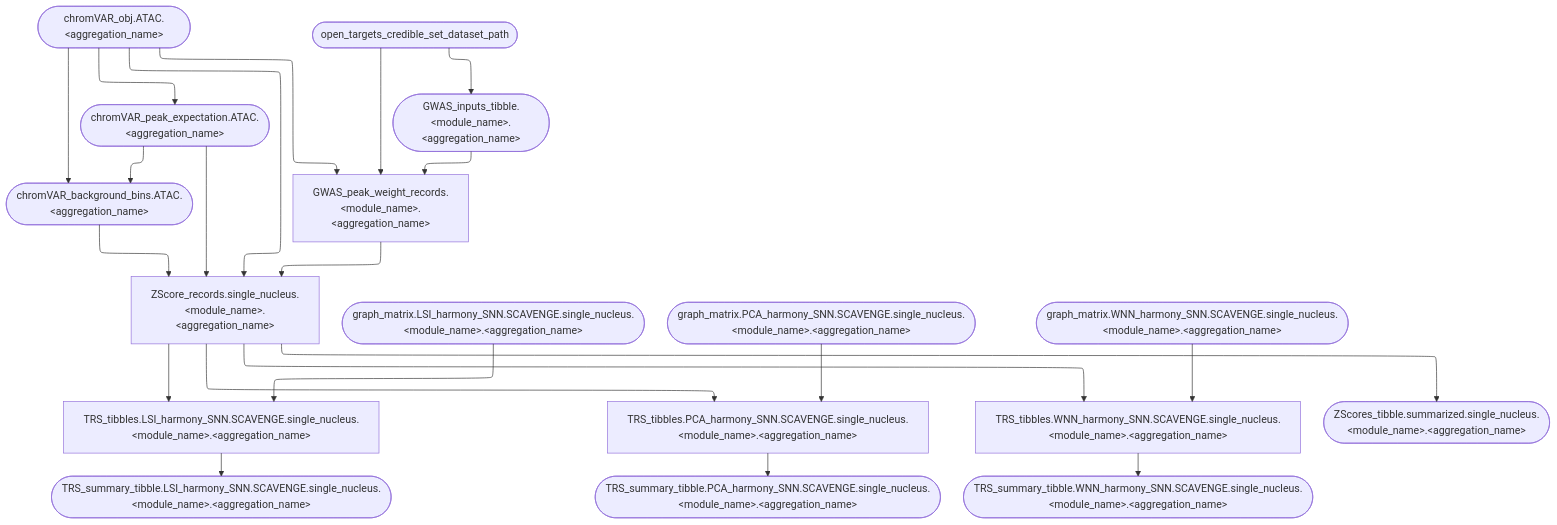
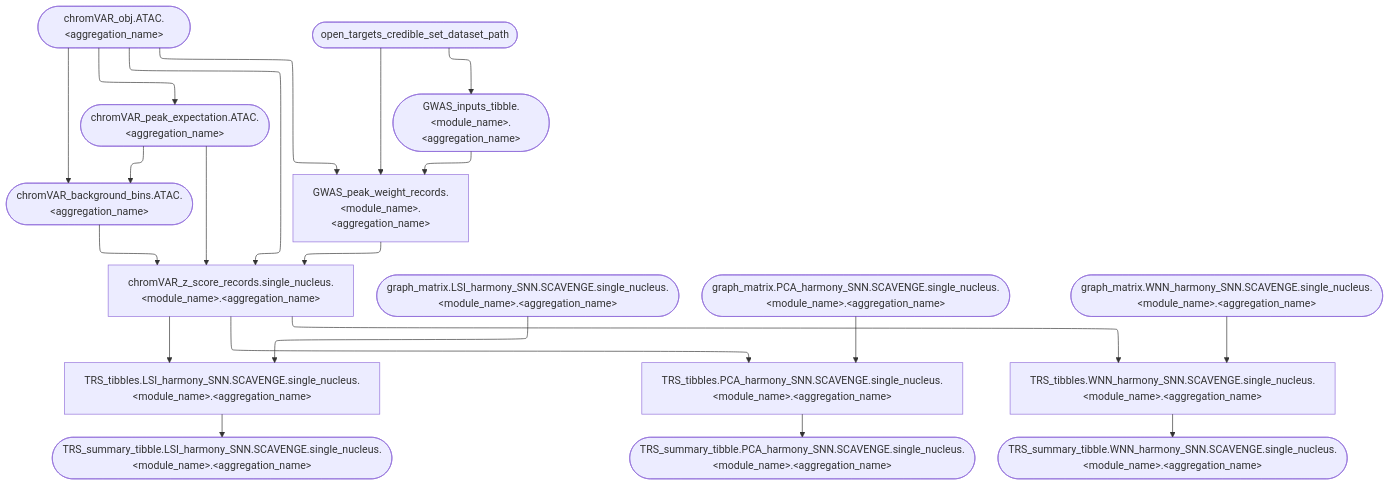
One commit to koefoeden/multiomeR changed the diagram in website/figures/human_curated/genetic_enrichment_single_nucleus_v2.mmd. Above: the diagram before and after it, drawn with Mermaid. The commit also changed 10 other files, not shown here.

First line of the commit message:
focus single-nucleus enrichment on SCAVENGE TRS

```diff
--- a/website/figures/human_curated/genetic_enrichment_single_nucleus_v2.mmd
+++ b/website/figures/human_curated/genetic_enrichment_single_nucleus_v2.mmd
@@ -1,23 +1,22 @@
 %%{init: {'flowchart': {'defaultRenderer': 'elk'}}}%%
 flowchart TB
+  chromVAR_peak_expectation.ATAC.brain_mouse(["chromVAR_peak_expectation.ATAC.&lt;aggregation_name&gt;"]):::none --> chromVAR_background_bins.ATAC.brain_mouse(["chromVAR_background_bins.ATAC.&lt;aggregation_name&gt;"]):::none
   chromVAR_obj.ATAC.brain_mouse(["chromVAR_obj.ATAC.&lt;aggregation_name&gt;"]):::none --> chromVAR_background_bins.ATAC.brain_mouse(["chromVAR_background_bins.ATAC.&lt;aggregation_name&gt;"]):::none
-  chromVAR_peak_expectation.ATAC.brain_mouse(["chromVAR_peak_expectation.ATAC.&lt;aggregation_name&gt;"]):::none --> chromVAR_background_bins.ATAC.brain_mouse(["chromVAR_background_bins.ATAC.&lt;aggregation_name&gt;"]):::none
   chromVAR_obj.ATAC.brain_mouse(["chromVAR_obj.ATAC.&lt;aggregation_name&gt;"]):::none --> chromVAR_peak_expectation.ATAC.brain_mouse(["chromVAR_peak_expectation.ATAC.&lt;aggregation_name&gt;"]):::none
   open_targets_credible_set_dataset_path(["open_targets_credible_set_dataset_path"]):::none --> GWAS_inputs_tibble.genetic_enrichment.immune_human_2x(["GWAS_inputs_tibble.&lt;module_name&gt;.&lt;aggregation_name&gt;"]):::none
-  ZScore_records.single_nucleus.genetic_enrichment.immune_human_2x["ZScore_records.single_nucleus.&lt;module_name&gt;.&lt;aggregation_name&gt;"]:::none --> TRS_tibbles.LSI_harmony_SNN.SCAVENGE.single_nucleus.genetic_enrichment.immune_human_2x["TRS_tibbles.LSI_harmony_SNN.SCAVENGE.single_nucleus.&lt;module_name&gt;.&lt;aggregation_name&gt;"]:::none
+  chromVAR_z_score_records.single_nucleus.genetic_enrichment.immune_human_2x["chromVAR_z_score_records.single_nucleus.&lt;module_name&gt;.&lt;aggregation_name&gt;"]:::none --> TRS_tibbles.LSI_harmony_SNN.SCAVENGE.single_nucleus.genetic_enrichment.immune_human_2x["TRS_tibbles.LSI_harmony_SNN.SCAVENGE.single_nucleus.&lt;module_name&gt;.&lt;aggregation_name&gt;"]:::none
   graph_matrix.LSI_harmony_SNN.SCAVENGE.single_nucleus.genetic_enrichment.immune_human_2x(["graph_matrix.LSI_harmony_SNN.SCAVENGE.single_nucleus.&lt;module_name&gt;.&lt;aggregation_name&gt;"]):::none --> TRS_tibbles.LSI_harmony_SNN.SCAVENGE.single_nucleus.genetic_enrichment.immune_human_2x["TRS_tibbles.LSI_harmony_SNN.SCAVENGE.single_nucleus.&lt;module_name&gt;.&lt;aggregation_name&gt;"]:::none
+  chromVAR_z_score_records.single_nucleus.genetic_enrichment.immune_human_2x["chromVAR_z_score_records.single_nucleus.&lt;module_name&gt;.&lt;aggregation_name&gt;"]:::none --> TRS_tibbles.PCA_harmony_SNN.SCAVENGE.single_nucleus.genetic_enrichment.immune_human_2x["TRS_tibbles.PCA_harmony_SNN.SCAVENGE.single_nucleus.&lt;module_name&gt;.&lt;aggregation_name&gt;"]:::none
   graph_matrix.PCA_harmony_SNN.SCAVENGE.single_nucleus.genetic_enrichment.immune_human_2x(["graph_matrix.PCA_harmony_SNN.SCAVENGE.single_nucleus.&lt;module_name&gt;.&lt;aggregation_name&gt;"]):::none --> TRS_tibbles.PCA_harmony_SNN.SCAVENGE.single_nucleus.genetic_enrichment.immune_human_2x["TRS_tibbles.PCA_harmony_SNN.SCAVENGE.single_nucleus.&lt;module_name&gt;.&lt;aggregation_name&gt;"]:::none
-  ZScore_records.single_nucleus.genetic_enrichment.immune_human_2x["ZScore_records.single_nucleus.&lt;module_name&gt;.&lt;aggregation_name&gt;"]:::none --> TRS_tibbles.PCA_harmony_SNN.SCAVENGE.single_nucleus.genetic_enrichment.immune_human_2x["TRS_tibbles.PCA_harmony_SNN.SCAVENGE.single_nucleus.&lt;module_name&gt;.&lt;aggregation_name&gt;"]:::none
+  chromVAR_z_score_records.single_nucleus.genetic_enrichment.immune_human_2x["chromVAR_z_score_records.single_nucleus.&lt;module_name&gt;.&lt;aggregation_name&gt;"]:::none --> TRS_tibbles.WNN_harmony_SNN.SCAVENGE.single_nucleus.genetic_enrichment.immune_human_2x["TRS_tibbles.WNN_harmony_SNN.SCAVENGE.single_nucleus.&lt;module_name&gt;.&lt;aggregation_name&gt;"]:::none
   graph_matrix.WNN_harmony_SNN.SCAVENGE.single_nucleus.genetic_enrichment.immune_human_2x(["graph_matrix.WNN_harmony_SNN.SCAVENGE.single_nucleus.&lt;module_name&gt;.&lt;aggregation_name&gt;"]):::none --> TRS_tibbles.WNN_harmony_SNN.SCAVENGE.single_nucleus.genetic_enrichment.immune_human_2x["TRS_tibbles.WNN_harmony_SNN.SCAVENGE.single_nucleus.&lt;module_name&gt;.&lt;aggregation_name&gt;"]:::none
-  ZScore_records.single_nucleus.genetic_enrichment.immune_human_2x["ZScore_records.single_nucleus.&lt;module_name&gt;.&lt;aggregation_name&gt;"]:::none --> TRS_tibbles.WNN_harmony_SNN.SCAVENGE.single_nucleus.genetic_enrichment.immune_human_2x["TRS_tibbles.WNN_harmony_SNN.SCAVENGE.single_nucleus.&lt;module_name&gt;.&lt;aggregation_name&gt;"]:::none
-  chromVAR_obj.ATAC.brain_mouse(["chromVAR_obj.ATAC.&lt;aggregation_name&gt;"]):::none --> ZScore_records.single_nucleus.genetic_enrichment.immune_human_2x["ZScore_records.single_nucleus.&lt;module_name&gt;.&lt;aggregation_name&gt;"]:::none
-  chromVAR_background_bins.ATAC.brain_mouse(["chromVAR_background_bins.ATAC.&lt;aggregation_name&gt;"]):::none --> ZScore_records.single_nucleus.genetic_enrichment.immune_human_2x["ZScore_records.single_nucleus.&lt;module_name&gt;.&lt;aggregation_name&gt;"]:::none
-  chromVAR_peak_expectation.ATAC.brain_mouse(["chromVAR_peak_expectation.ATAC.&lt;aggregation_name&gt;"]):::none --> ZScore_records.single_nucleus.genetic_enrichment.immune_human_2x["ZScore_records.single_nucleus.&lt;module_name&gt;.&lt;aggregation_name&gt;"]:::none
+  chromVAR_obj.ATAC.brain_mouse(["chromVAR_obj.ATAC.&lt;aggregation_name&gt;"]):::none --> chromVAR_z_score_records.single_nucleus.genetic_enrichment.immune_human_2x["chromVAR_z_score_records.single_nucleus.&lt;module_name&gt;.&lt;aggregation_name&gt;"]:::none
+  chromVAR_background_bins.ATAC.brain_mouse(["chromVAR_background_bins.ATAC.&lt;aggregation_name&gt;"]):::none --> chromVAR_z_score_records.single_nucleus.genetic_enrichment.immune_human_2x["chromVAR_z_score_records.single_nucleus.&lt;module_name&gt;.&lt;aggregation_name&gt;"]:::none
+  chromVAR_peak_expectation.ATAC.brain_mouse(["chromVAR_peak_expectation.ATAC.&lt;aggregation_name&gt;"]):::none --> chromVAR_z_score_records.single_nucleus.genetic_enrichment.immune_human_2x["chromVAR_z_score_records.single_nucleus.&lt;module_name&gt;.&lt;aggregation_name&gt;"]:::none
+  GWAS_peak_weight_records.genetic_enrichment.immune_human_2x["GWAS_peak_weight_records.&lt;module_name&gt;.&lt;aggregation_name&gt;"]:::none --> chromVAR_z_score_records.single_nucleus.genetic_enrichment.immune_human_2x["chromVAR_z_score_records.single_nucleus.&lt;module_name&gt;.&lt;aggregation_name&gt;"]:::none
   chromVAR_obj.ATAC.brain_mouse(["chromVAR_obj.ATAC.&lt;aggregation_name&gt;"]):::none --> GWAS_peak_weight_records.genetic_enrichment.immune_human_2x["GWAS_peak_weight_records.&lt;module_name&gt;.&lt;aggregation_name&gt;"]:::none
   GWAS_inputs_tibble.genetic_enrichment.immune_human_2x(["GWAS_inputs_tibble.&lt;module_name&gt;.&lt;aggregation_name&gt;"]):::none --> GWAS_peak_weight_records.genetic_enrichment.immune_human_2x["GWAS_peak_weight_records.&lt;module_name&gt;.&lt;aggregation_name&gt;"]:::none
   open_targets_credible_set_dataset_path(["open_targets_credible_set_dataset_path"]):::none --> GWAS_peak_weight_records.genetic_enrichment.immune_human_2x["GWAS_peak_weight_records.&lt;module_name&gt;.&lt;aggregation_name&gt;"]:::none
   TRS_tibbles.LSI_harmony_SNN.SCAVENGE.single_nucleus.genetic_enrichment.immune_human_2x["TRS_tibbles.LSI_harmony_SNN.SCAVENGE.single_nucleus.&lt;module_name&gt;.&lt;aggregation_name&gt;"]:::none --> TRS_summary_tibble.LSI_harmony_SNN.SCAVENGE.single_nucleus.genetic_enrichment.immune_human_2x(["TRS_summary_tibble.LSI_harmony_SNN.SCAVENGE.single_nucleus.&lt;module_name&gt;.&lt;aggregation_name&gt;"]):::none
   TRS_tibbles.PCA_harmony_SNN.SCAVENGE.single_nucleus.genetic_enrichment.immune_human_2x["TRS_tibbles.PCA_harmony_SNN.SCAVENGE.single_nucleus.&lt;module_name&gt;.&lt;aggregation_name&gt;"]:::none --> TRS_summary_tibble.PCA_harmony_SNN.SCAVENGE.single_nucleus.genetic_enrichment.immune_human_2x(["TRS_summary_tibble.PCA_harmony_SNN.SCAVENGE.single_nucleus.&lt;module_name&gt;.&lt;aggregation_name&gt;"]):::none
   TRS_tibbles.WNN_harmony_SNN.SCAVENGE.single_nucleus.genetic_enrichment.immune_human_2x["TRS_tibbles.WNN_harmony_SNN.SCAVENGE.single_nucleus.&lt;module_name&gt;.&lt;aggregation_name&gt;"]:::none --> TRS_summary_tibble.WNN_harmony_SNN.SCAVENGE.single_nucleus.genetic_enrichment.immune_human_2x(["TRS_summary_tibble.WNN_harmony_SNN.SCAVENGE.single_nucleus.&lt;module_name&gt;.&lt;aggregation_name&gt;"]):::none
-  GWAS_peak_weight_records.genetic_enrichment.immune_human_2x["GWAS_peak_weight_records.&lt;module_name&gt;.&lt;aggregation_name&gt;"]:::none --> ZScore_records.single_nucleus.genetic_enrichment.immune_human_2x["ZScore_records.single_nucleus.&lt;module_name&gt;.&lt;aggregation_name&gt;"]:::none
-  ZScore_records.single_nucleus.genetic_enrichment.immune_human_2x["ZScore_records.single_nucleus.&lt;module_name&gt;.&lt;aggregation_name&gt;"]:::none --> ZScores_tibble.summarized.single_nucleus.genetic_enrichment.immune_human_2x(["ZScores_tibble.summarized.single_nucleus.&lt;module_name&gt;.&lt;aggregation_name&gt;"]):::none
```
